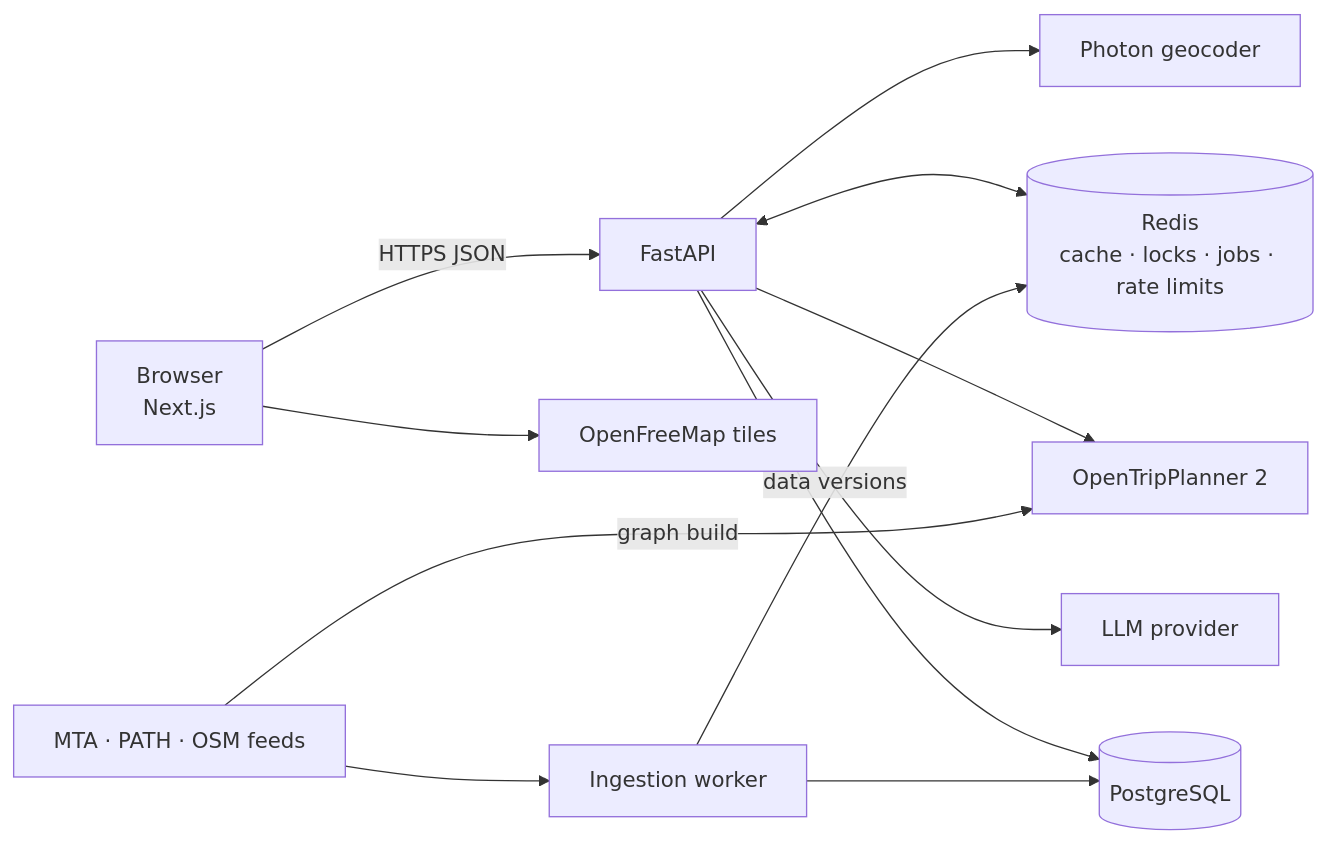
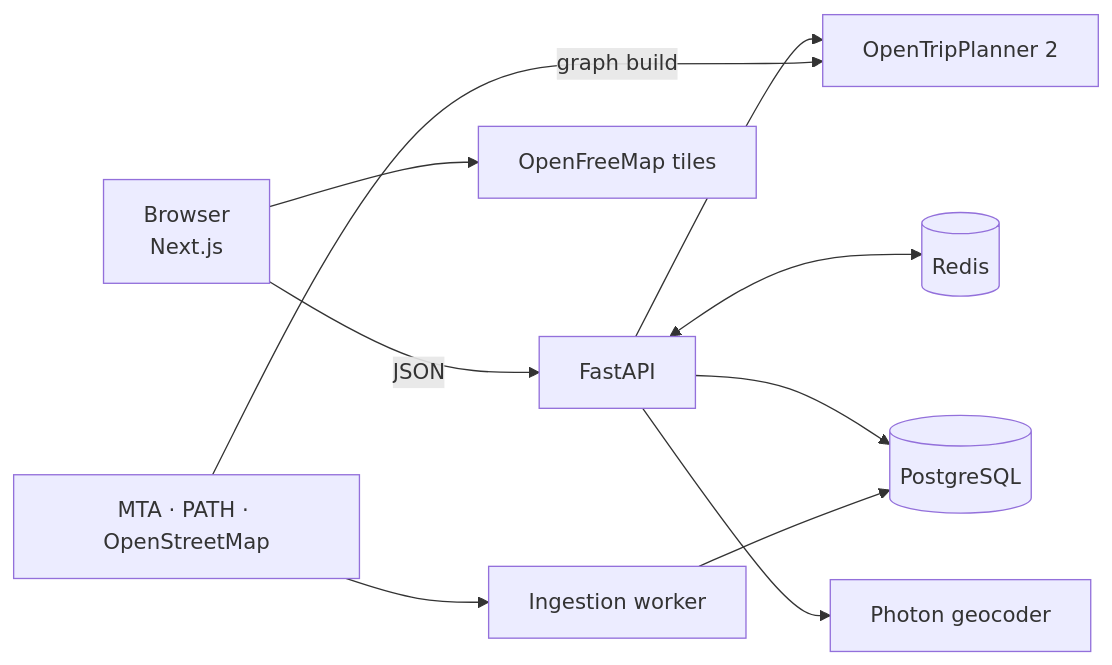
The diagram in README.md (VarshithaGudibandi/smart-route-nyc), drawn with Mermaid before and after one commit. The commit also changed other lines of this file and 2 other files, not shown here.

````diff
--- a/README.md
+++ b/README.md
@@ -23,14 +23,12 @@
 ```mermaid
 flowchart LR
-  B[Browser<br/>Next.js] -->|HTTPS JSON| API[FastAPI]
+  B[Browser<br/>Next.js] -->|JSON| API[FastAPI]
   B --> T[OpenFreeMap tiles]
+  API --> OTP[OpenTripPlanner 2]
+  API <--> R[(Redis)]
+  API --> PG[(PostgreSQL)]
   API --> G[Photon geocoder]
-  API <--> R[(Redis<br/>cache · locks · jobs · rate limits)]
-  API --> OTP[OpenTripPlanner 2]
-  API --> LLM[LLM provider]
-  API --> PG[(PostgreSQL)]
   W[Ingestion worker] --> PG
-  W -->|data versions| R
-  F[MTA · PATH · OSM feeds] --> W
+  F[MTA · PATH · OpenStreetMap] --> W
   F -->|graph build| OTP
 ```
````
